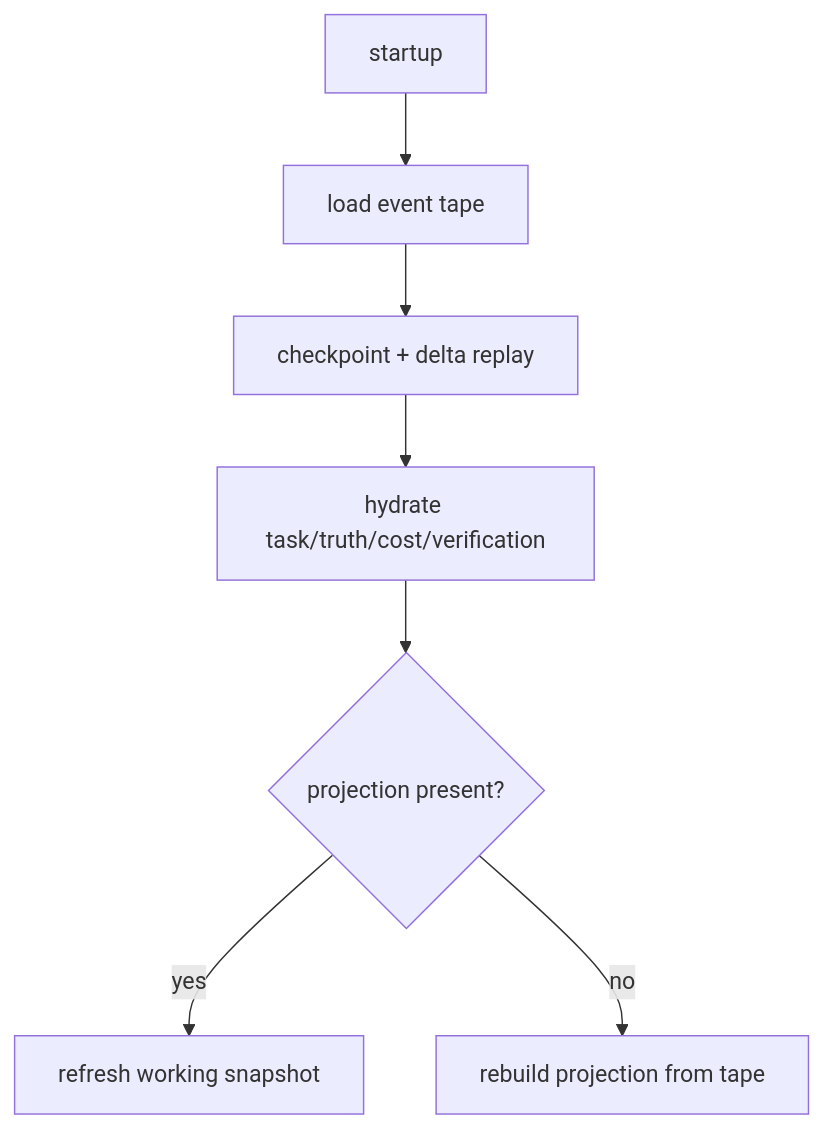
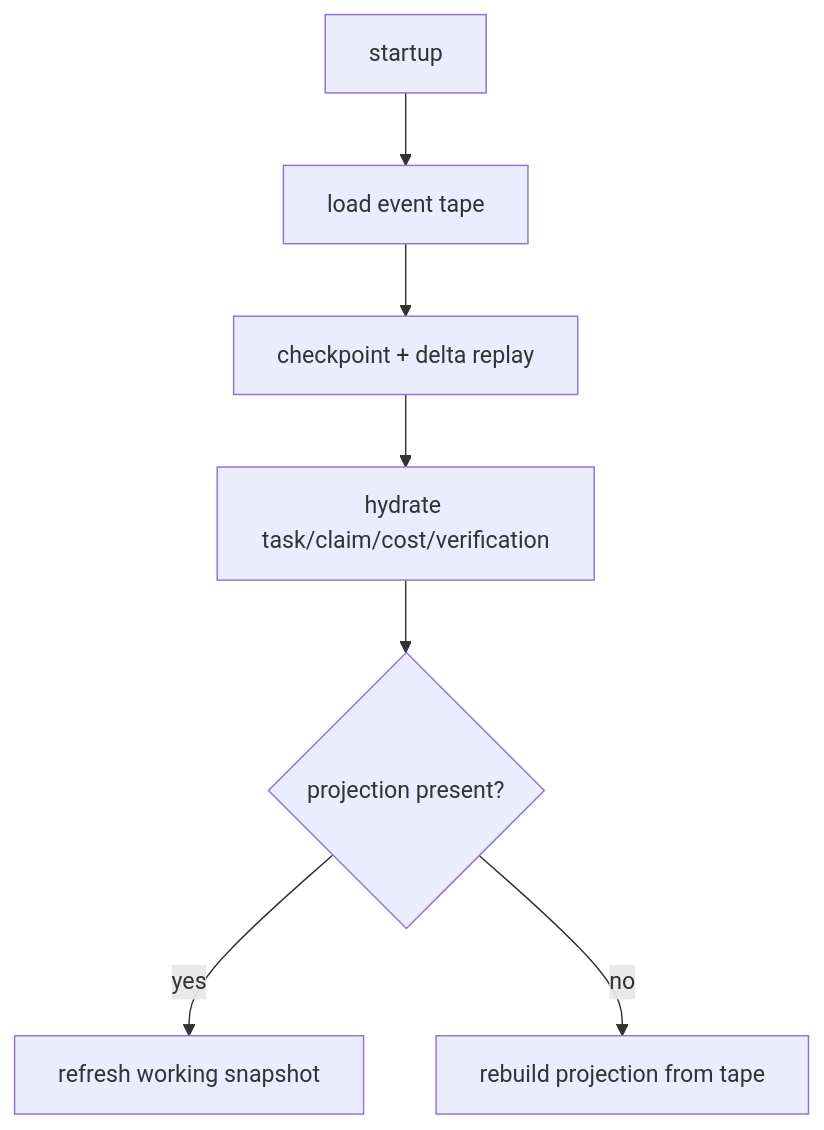
One commit to arcthur/brewva changed the fifth of 6 diagrams in docs/architecture/control-and-data-flow.md. Above: the diagram before and after it, drawn with Mermaid. The commit also changed 169 other files, not shown here.

````diff
--- a/docs/architecture/control-and-data-flow.md
+++ b/docs/architecture/control-and-data-flow.md
@@ -66,9 +66,9 @@
 ```mermaid
 flowchart TD
   A["startup"] --> B["load event tape"]
   B --> C["checkpoint + delta replay"]
-  C --> D["hydrate task/truth/cost/verification"]
+  C --> D["hydrate task/claim/cost/verification"]
   D --> E{"projection present?"}
   E -->|yes| F["refresh working snapshot"]
   E -->|no| G["rebuild projection from tape"]
 ```
````
